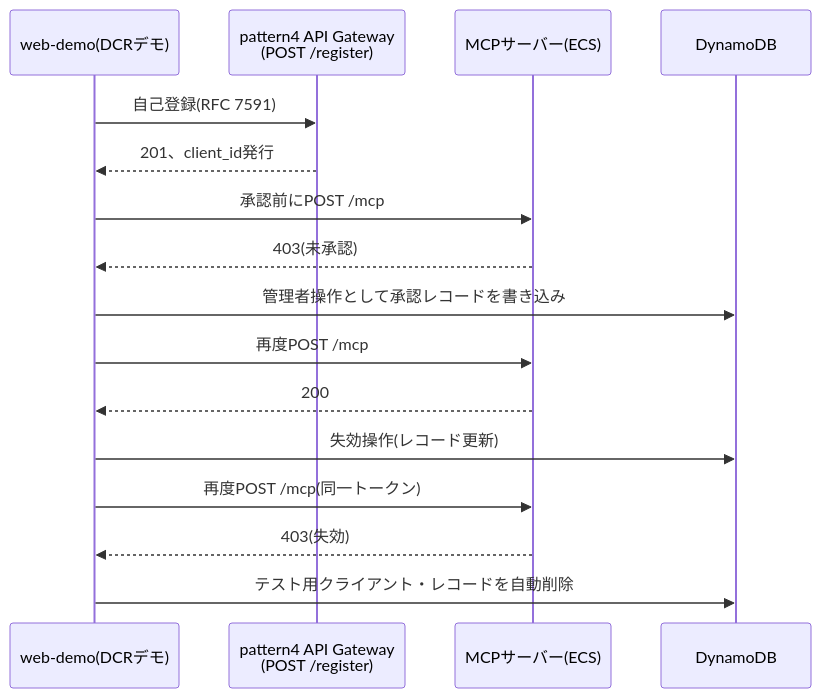
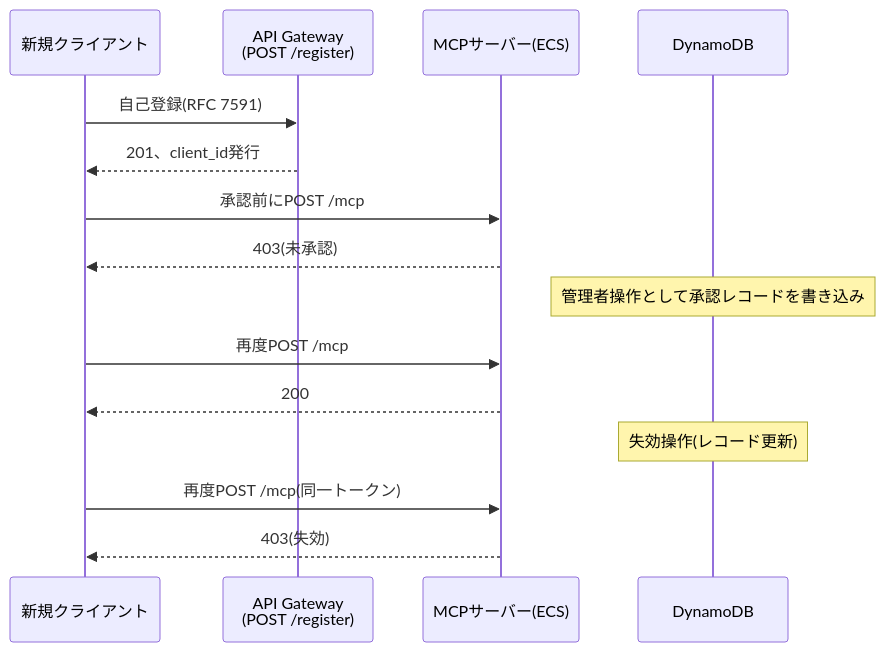
Before and after one commit to primenumber-dev/quick-agentcore-poc: the first of 3 diagrams in docs/18-weekly-verification-report-week4.md, drawn with Mermaid. The commit also changed other lines of this file and 1 other file, not shown here.

````diff
--- a/docs/18-weekly-verification-report-week4.md
+++ b/docs/18-weekly-verification-report-week4.md
@@ -72,19 +30,18 @@
 ```mermaid
 sequenceDiagram
-    participant Demo as web-demo(DCRデモ)
-    participant Reg as pattern4 API Gateway<br/>(POST /register)
+    participant Client as 新規クライアント
+    participant Reg as API Gateway<br/>(POST /register)
     participant App as MCPサーバー(ECS)
     participant DDB as DynamoDB
 
-    Demo->>Reg: 自己登録(RFC 7591)
-    Reg-->>Demo: 201、client_id発行
-    Demo->>App: 承認前にPOST /mcp
-    App-->>Demo: 403(未承認)
-    Demo->>DDB: 管理者操作として承認レコードを書き込み
-    Demo->>App: 再度POST /mcp
-    App-->>Demo: 200
-    Demo->>DDB: 失効操作(レコード更新)
-    Demo->>App: 再度POST /mcp(同一トークン)
-    App-->>Demo: 403(失効)
-    Demo->>DDB: テスト用クライアント・レコードを自動削除
+    Client->>Reg: 自己登録(RFC 7591)
+    Reg-->>Client: 201、client_id発行
+    Client->>App: 承認前にPOST /mcp
+    App-->>Client: 403(未承認)
+    Note over DDB: 管理者操作として承認レコードを書き込み
+    Client->>App: 再度POST /mcp
+    App-->>Client: 200
+    Note over DDB: 失効操作(レコード更新)
+    Client->>App: 再度POST /mcp(同一トークン)
+    App-->>Client: 403(失効)
 ```
````
